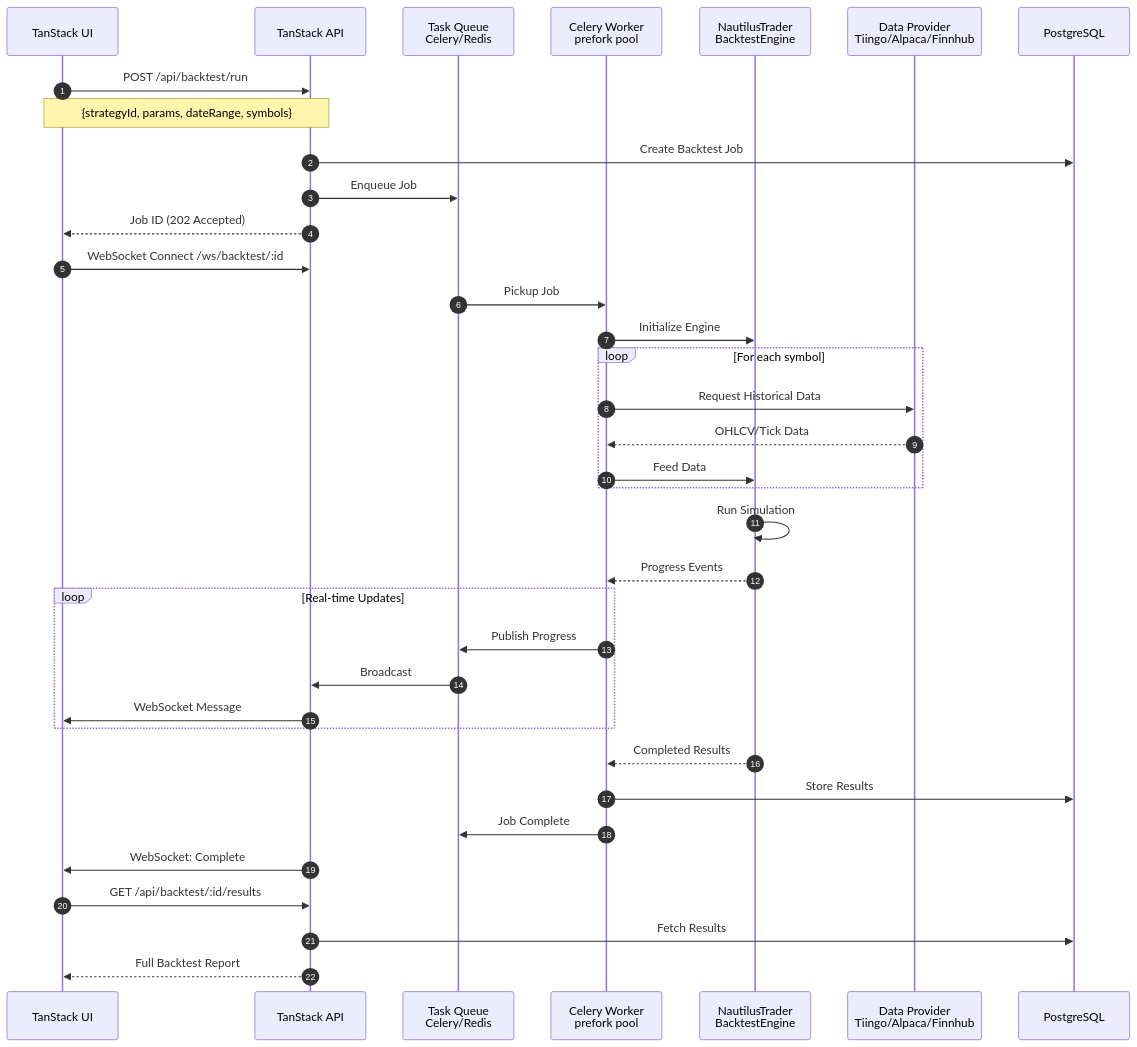
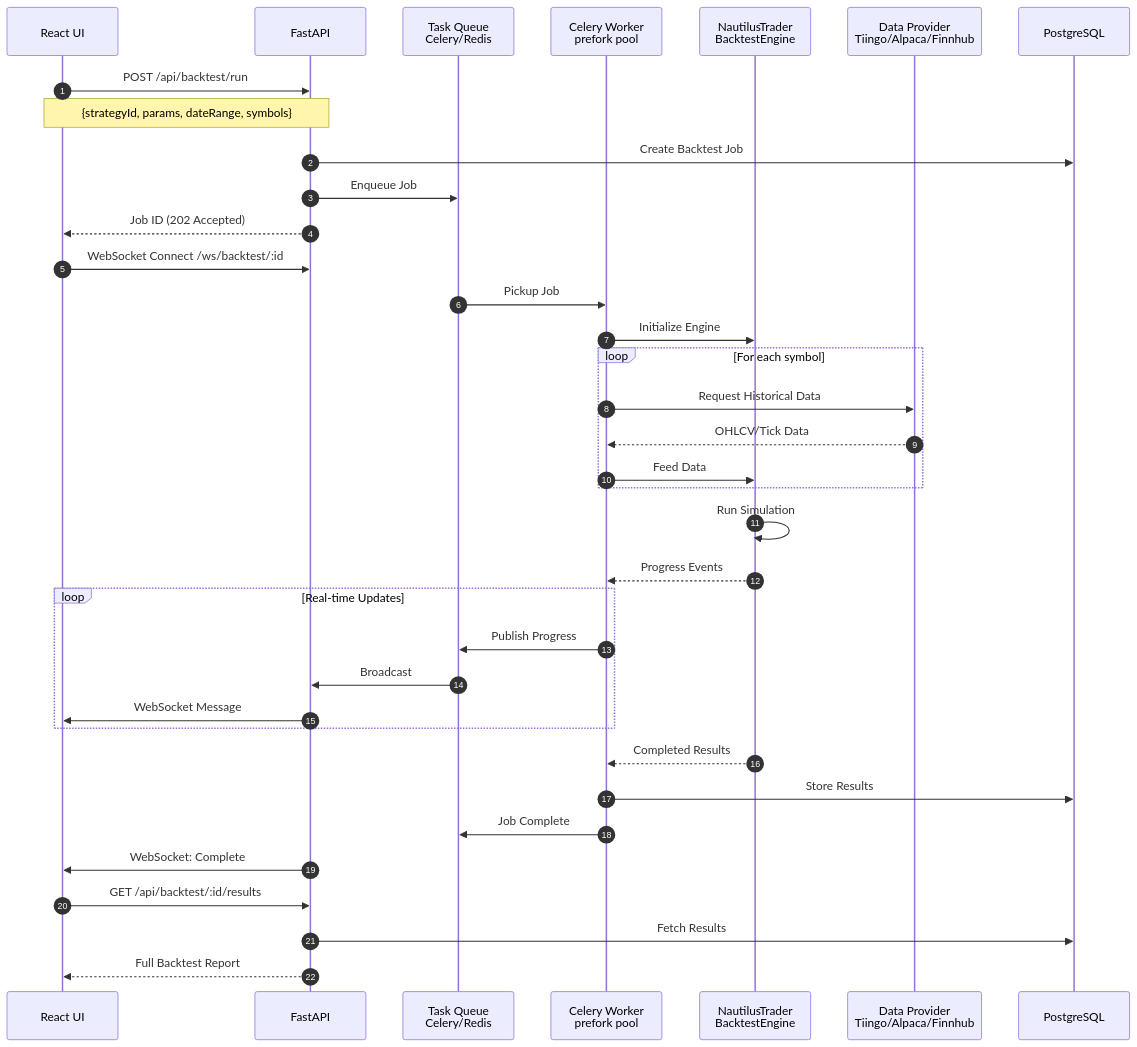
Before and after one commit to huydhoang/quantlens-docs: the fourth of 9 diagrams in system_design.md, drawn with Mermaid. The commit also changed other lines of this file and 3 other files, not shown here.

Commit message:
Create local_frontend.md and update docs to align with Tauri + Vite + React + TanStack stack

````diff
--- a/system_design.md
+++ b/system_design.md
@@ -137,47 +135,47 @@
 ```mermaid
 sequenceDiagram
     autonumber
-    participant UI as TanStack UI
-    participant API as TanStack API
+    participant UI as React UI
+    participant API as FastAPI
     participant Queue as Task Queue<br/>Celery/Redis
     participant Worker as Celery Worker<br/>prefork pool
     participant Nautilus as NautilusTrader<br/>BacktestEngine
     participant Data as Data Provider<br/>Tiingo/Alpaca/Finnhub
     participant DB as PostgreSQL
     
     UI->>API: POST /api/backtest/run
     Note over UI,API: {strategyId, params, dateRange, symbols}
     
     API->>DB: Create Backtest Job
     API->>Queue: Enqueue Job
     API-->>UI: Job ID (202 Accepted)
     
     UI->>API: WebSocket Connect /ws/backtest/:id
     
     Queue->>Worker: Pickup Job
     Worker->>Nautilus: Initialize Engine
     
     loop For each symbol
         Worker->>Data: Request Historical Data
         Data-->>Worker: OHLCV/Tick Data
         Worker->>Nautilus: Feed Data
     end
     
     Nautilus->>Nautilus: Run Simulation
     Nautilus-->>Worker: Progress Events
     
     loop Real-time Updates
         Worker->>Queue: Publish Progress
         Queue->>API: Broadcast
         API->>UI: WebSocket Message
     end
     
     Nautilus-->>Worker: Completed Results
     Worker->>DB: Store Results
     Worker->>Queue: Job Complete
     
     API->>UI: WebSocket: Complete
     UI->>API: GET /api/backtest/:id/results
     API->>DB: Fetch Results
     API-->>UI: Full Backtest Report
 ```
````
